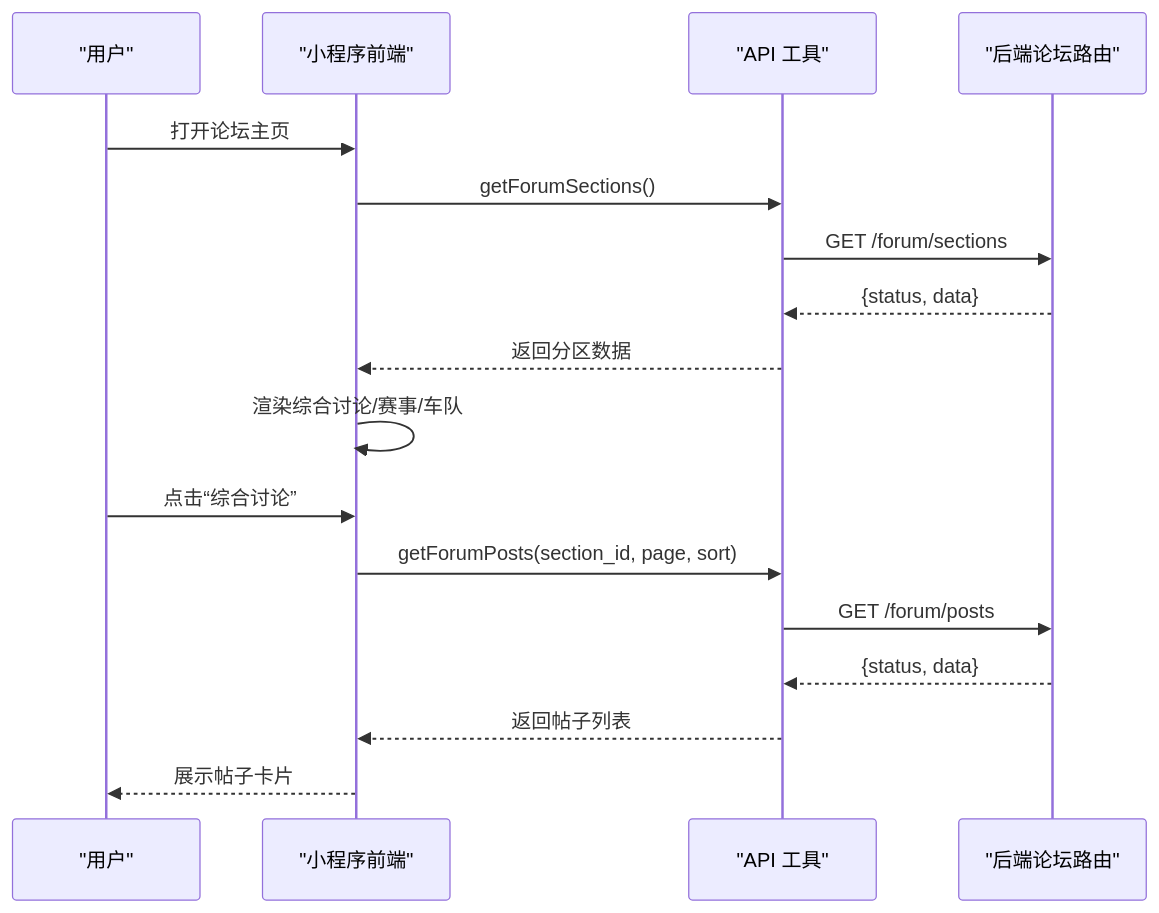
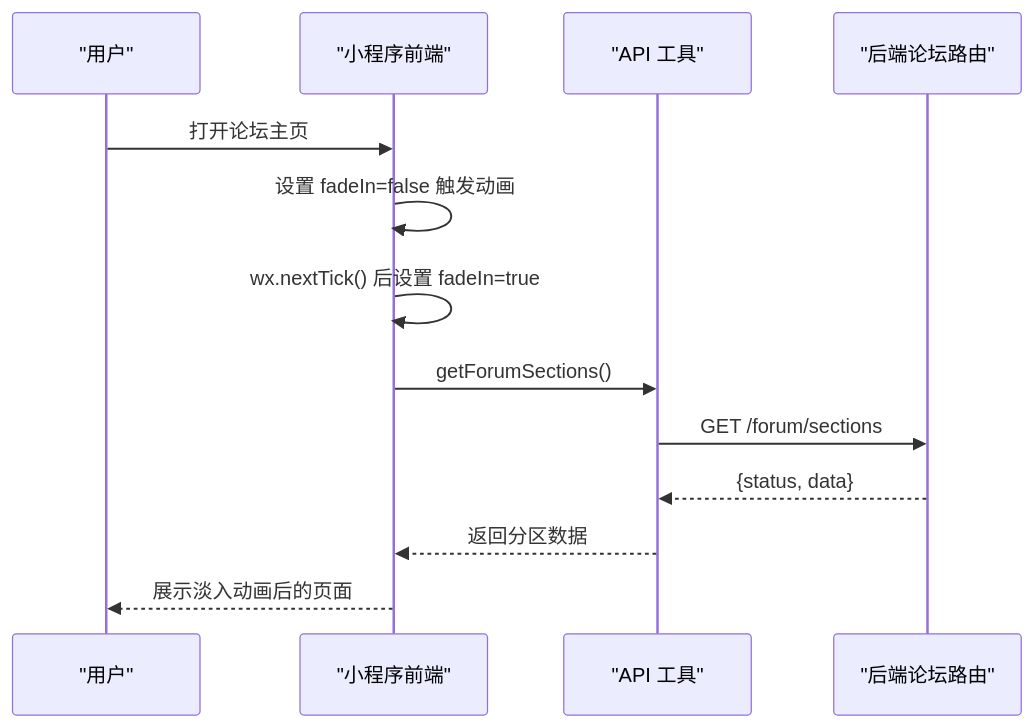
One commit to jianai0330/Fast-F1 changed the second of 8 diagrams in .qoder/repowiki/zh/content/微信小程序前端/内容管理页面/论坛系统.md. Above: the diagram before and after it, drawn with Mermaid. The commit also changed other lines of this file and 22 other files, not shown here.

````diff
--- a/.qoder/repowiki/zh/content/微信小程序前端/内容管理页面/论坛系统.md
+++ b/.qoder/repowiki/zh/content/微信小程序前端/内容管理页面/论坛系统.md
@@ -121,19 +140,15 @@
 ```mermaid
 sequenceDiagram
 participant U as "用户"
 participant F as "小程序前端"
 participant A as "API 工具"
 participant S as "后端论坛路由"
 U->>F : 打开论坛主页
+F->>F : 设置 fadeIn=false 触发动画
+F->>F : wx.nextTick() 后设置 fadeIn=true
 F->>A : getForumSections()
 A->>S : GET /forum/sections
 S-->>A : {status, data}
 A-->>F : 返回分区数据
-F->>F : 渲染综合讨论/赛事/车队
-U->>F : 点击“综合讨论”
-F->>A : getForumPosts(section_id, page, sort)
-A->>S : GET /forum/posts
-S-->>A : {status, data}
-A-->>F : 返回帖子列表
-F-->>U : 展示帖子卡片
+F-->>U : 展示淡入动画后的页面
 ```
````
